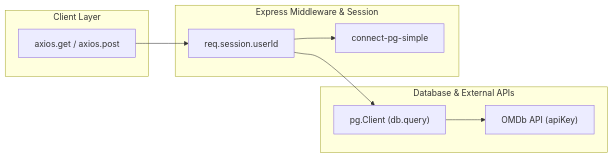
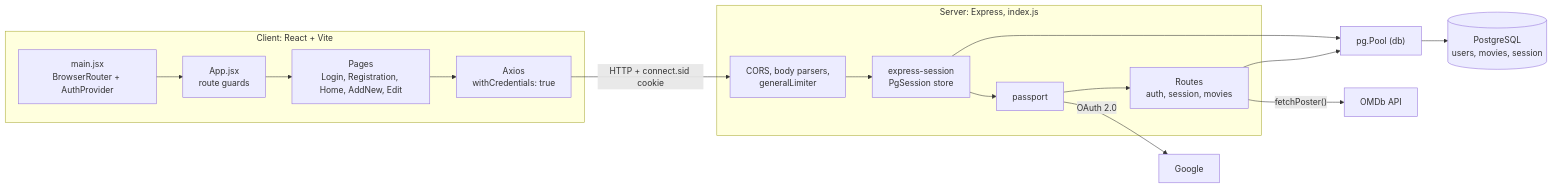
The first of 7 diagrams in README.md (rhythm162k/my_movie_diary), drawn with Mermaid before and after one commit. The commit also changed other lines of this file, not shown here.

````diff
--- a/README.md
+++ b/README.md
@@ -646,18 +72,21 @@
 ```mermaid
 flowchart LR
-    subgraph subGraph2 ["Database & External APIs"]
-        PostgresClient["pg.Client (db.query)"]
-        OMDbService["OMDb API (apiKey)"]
-    end
-    subgraph subGraph1 ["Express Middleware & Session"]
-        SessionCheck["req.session.userId"]
-        PgSessionStore["connect-pg-simple"]
-    end
-    subgraph subGraph0 ["Client Layer"]
-        AxiosCall["axios.get / axios.post"]
-    end
-    AxiosCall --> SessionCheck
-    SessionCheck --> PgSessionStore
-    SessionCheck --> PostgresClient
-    PostgresClient --> OMDbService
+  subgraph Client["Client: React + Vite"]
+    Main["main.jsx<br/>BrowserRouter + AuthProvider"] --> App["App.jsx<br/>route guards"]
+    App --> Pages["Pages<br/>Login, Registration, Home, AddNew, Edit"]
+    Pages --> Axios["Axios<br/>withCredentials: true"]
+  end
+
+  subgraph Server["Server: Express, index.js"]
+    MW["CORS, body parsers,<br/>generalLimiter"] --> Sess["express-session<br/>PgSession store"]
+    Sess --> Pass["passport"]
+    Pass --> Routes["Routes<br/>auth, session, movies"]
+  end
+
+  Axios -- "HTTP + connect.sid cookie" --> MW
+  Routes --> Pool["pg.Pool (db)"]
+  Sess --> Pool
+  Pool --> PG[("PostgreSQL<br/>users, movies, session")]
+  Routes -- "fetchPoster()" --> OMDb["OMDb API"]
+  Pass -- "OAuth 2.0" --> Google["Google"]
 ```
````
